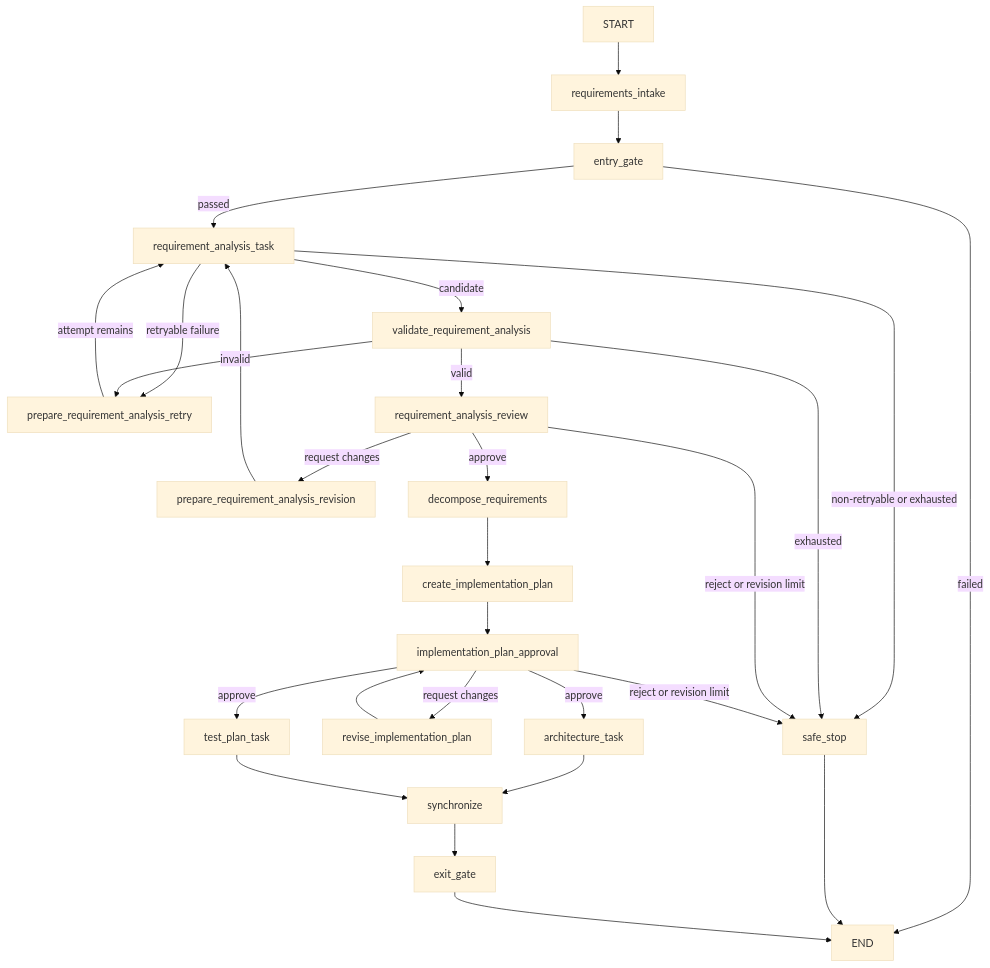
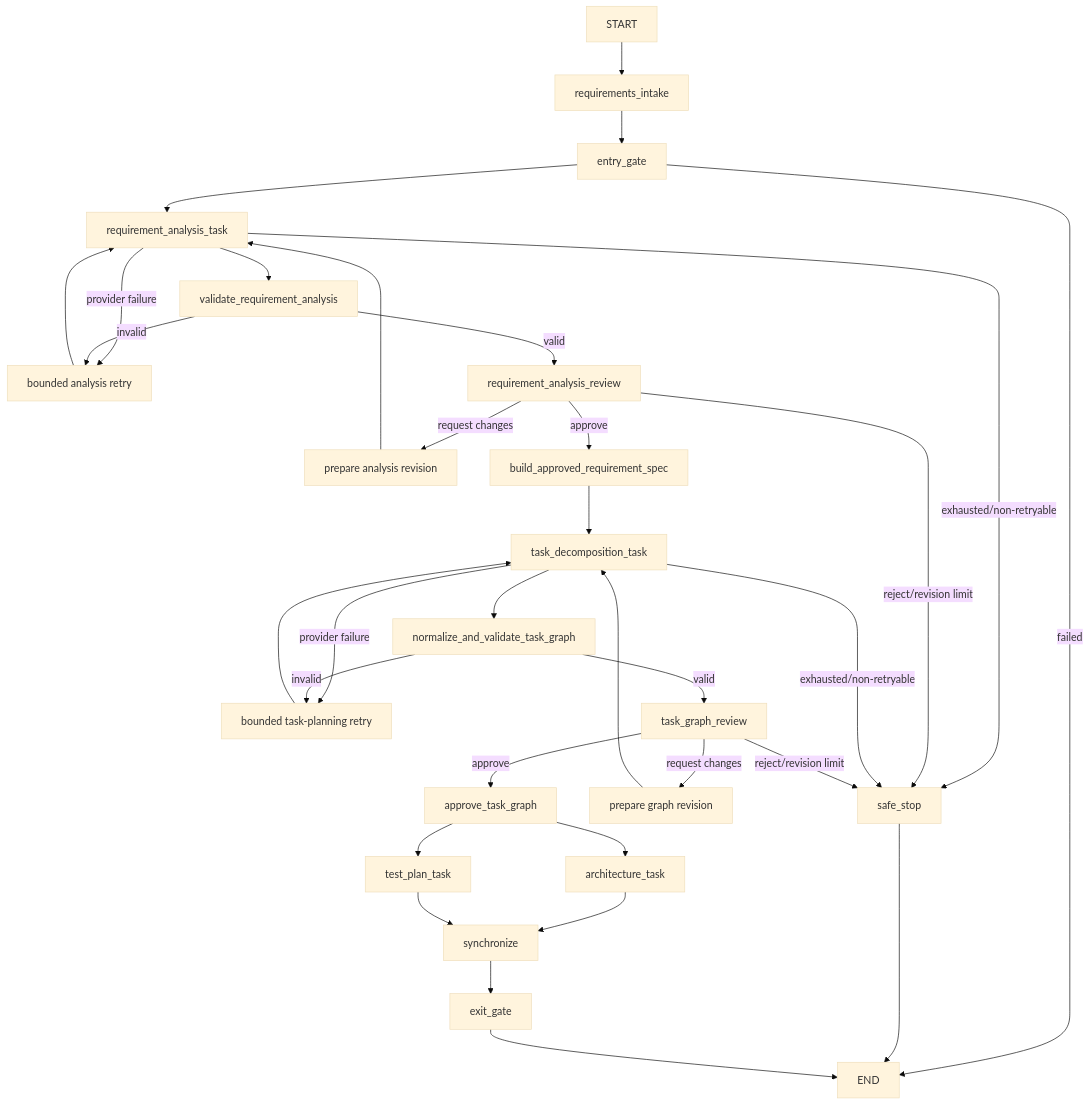
The diagram in README.md (anthonbr/agentic-sdlc-orchestrator), drawn with Mermaid (base theme) before and after one commit. The commit also changed other lines of this file and 24 other files, not shown here.

Commit message:
feat: add governed task dependency graph planning

````diff
--- a/README.md
+++ b/README.md
@@ -40,30 +32,35 @@
 ```mermaid
 flowchart TD
-    START --> requirements_intake
-    requirements_intake --> entry_gate
-    entry_gate -->|failed| END
-    entry_gate -->|passed| requirement_analysis_task
-    requirement_analysis_task -->|candidate| validate_requirement_analysis
-    requirement_analysis_task -->|retryable failure| prepare_requirement_analysis_retry
-    validate_requirement_analysis -->|invalid| prepare_requirement_analysis_retry
-    prepare_requirement_analysis_retry -->|attempt remains| requirement_analysis_task
-    requirement_analysis_task -->|non-retryable or exhausted| safe_stop
-    validate_requirement_analysis -->|exhausted| safe_stop
-    validate_requirement_analysis -->|valid| requirement_analysis_review
-    requirement_analysis_review -->|request changes| prepare_requirement_analysis_revision
-    prepare_requirement_analysis_revision --> requirement_analysis_task
-    requirement_analysis_review -->|reject or revision limit| safe_stop
-    requirement_analysis_review -->|approve| decompose_requirements
-    decompose_requirements --> create_implementation_plan
-    create_implementation_plan --> implementation_plan_approval
-    implementation_plan_approval -->|request changes| revise_implementation_plan
-    revise_implementation_plan --> implementation_plan_approval
-    implementation_plan_approval -->|reject or revision limit| safe_stop
-    implementation_plan_approval -->|approve| architecture_task
-    implementation_plan_approval -->|approve| test_plan_task
-    architecture_task --> synchronize
-    test_plan_task --> synchronize
-    synchronize --> exit_gate
-    safe_stop --> END
-    exit_gate --> END
+    START --> intake[requirements_intake]
+    intake --> entry[entry_gate]
+    entry -->|failed| END
+    entry --> analyst[requirement_analysis_task]
+    analyst --> validateAnalysis[validate_requirement_analysis]
+    analyst -->|provider failure| analysisRetry[bounded analysis retry]
+    validateAnalysis -->|invalid| analysisRetry
+    analysisRetry --> analyst
+    analyst -->|exhausted/non-retryable| safe[safe_stop]
+    validateAnalysis -->|valid| requirementReview[requirement_analysis_review]
+    requirementReview -->|request changes| analysisRevision[prepare analysis revision]
+    analysisRevision --> analyst
+    requirementReview -->|reject/revision limit| safe
+    requirementReview -->|approve| spec[build_approved_requirement_spec]
+    spec --> planner[task_decomposition_task]
+    planner --> validateGraph[normalize_and_validate_task_graph]
+    planner -->|provider failure| graphRetry[bounded task-planning retry]
+    validateGraph -->|invalid| graphRetry
+    graphRetry --> planner
+    planner -->|exhausted/non-retryable| safe
+    validateGraph -->|valid| graphReview[task_graph_review]
+    graphReview -->|request changes| graphRevision[prepare graph revision]
+    graphRevision --> planner
+    graphReview -->|reject/revision limit| safe
+    graphReview -->|approve| approved[approve_task_graph]
+    approved --> architecture[architecture_task]
+    approved --> tests[test_plan_task]
+    architecture --> sync[synchronize]
+    tests --> sync
+    sync --> exit[exit_gate]
+    safe --> END
+    exit --> END
 ```
````
